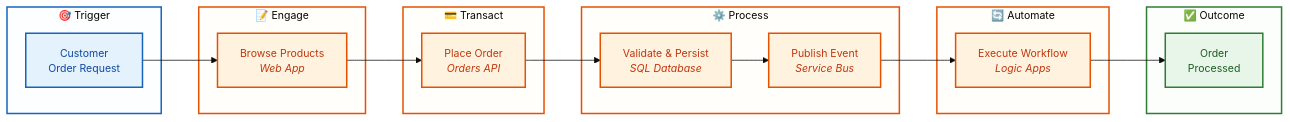
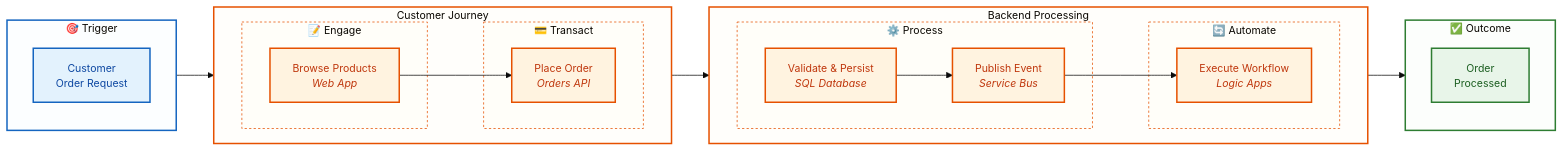
The second of 4 diagrams in docs/architecture/01-business-architecture.md (Evilazaro/Azure-LogicApps-Monitoring), drawn with Mermaid before and after one commit. The commit also changed other lines of this file, not shown here.

Commit message:
Refactor business architecture diagrams with improved subgraph organization for clearer capability grouping and visual clarity

````diff
--- a/docs/architecture/01-business-architecture.md
+++ b/docs/architecture/01-business-architecture.md
@@ -123,47 +146,55 @@
 ```mermaid
 %%{init: {'theme': 'base', 'themeVariables': { 'fontSize': '14px'}}}%%
 flowchart LR
     subgraph Trigger["🎯 Trigger"]
+        direction TB
         T1["Customer<br/>Order Request"]
     end
 
-    subgraph Engage["📝 Engage"]
-        S1["Browse Products<br/><i>Web App</i>"]
+    subgraph CustomerJourney["Customer Journey"]
+        direction LR
+        subgraph Engage["📝 Engage"]
+            S1["Browse Products<br/><i>Web App</i>"]
+        end
+        subgraph Transact["💳 Transact"]
+            S2["Place Order<br/><i>Orders API</i>"]
+        end
     end
 
-    subgraph Transact["💳 Transact"]
-        S2["Place Order<br/><i>Orders API</i>"]
-    end
-
-    subgraph Process["⚙️ Process"]
-        S3["Validate & Persist<br/><i>SQL Database</i>"]
-        S4["Publish Event<br/><i>Service Bus</i>"]
-    end
-
-    subgraph Automate["🔄 Automate"]
-        S5["Execute Workflow<br/><i>Logic Apps</i>"]
+    subgraph BackendProcessing["Backend Processing"]
+        direction LR
+        subgraph Process["⚙️ Process"]
+            S3["Validate & Persist<br/><i>SQL Database</i>"]
+            S4["Publish Event<br/><i>Service Bus</i>"]
+        end
+        subgraph Automate["🔄 Automate"]
+            S5["Execute Workflow<br/><i>Logic Apps</i>"]
+        end
     end
 
     subgraph Outcome["✅ Outcome"]
+        direction TB
         O1["Order<br/>Processed"]
     end
 
     T1 --> S1 --> S2 --> S3 --> S4 --> S5 --> O1
 
     %% Accessible color palette with clear visual progression
     classDef trigger fill:#e3f2fd,stroke:#1565c0,stroke-width:2px,color:#0d47a1
     classDef stage fill:#fff3e0,stroke:#e65100,stroke-width:2px,color:#bf360c
     classDef outcome fill:#e8f5e9,stroke:#2e7d32,stroke-width:2px,color:#1b5e20
 
     class T1 trigger
     class S1,S2,S3,S4,S5 stage
     class O1 outcome
 
     %% Subgraph container styling for visual phase grouping
     style Trigger fill:#e3f2fd22,stroke:#1565c0,stroke-width:2px
-    style Engage fill:#fff3e022,stroke:#e65100,stroke-width:2px
-    style Transact fill:#fff3e022,stroke:#e65100,stroke-width:2px
-    style Process fill:#fff3e022,stroke:#e65100,stroke-width:2px
-    style Automate fill:#fff3e022,stroke:#e65100,stroke-width:2px
+    style CustomerJourney fill:#fff3e022,stroke:#e65100,stroke-width:2px
+    style BackendProcessing fill:#fff3e022,stroke:#e65100,stroke-width:2px
     style Outcome fill:#e8f5e922,stroke:#2e7d32,stroke-width:2px
+    style Engage fill:#fff3e011,stroke:#e65100,stroke-width:1px,stroke-dasharray:3
+    style Transact fill:#fff3e011,stroke:#e65100,stroke-width:1px,stroke-dasharray:3
+    style Process fill:#fff3e011,stroke:#e65100,stroke-width:1px,stroke-dasharray:3
+    style Automate fill:#fff3e011,stroke:#e65100,stroke-width:1px,stroke-dasharray:3
 ```
````
